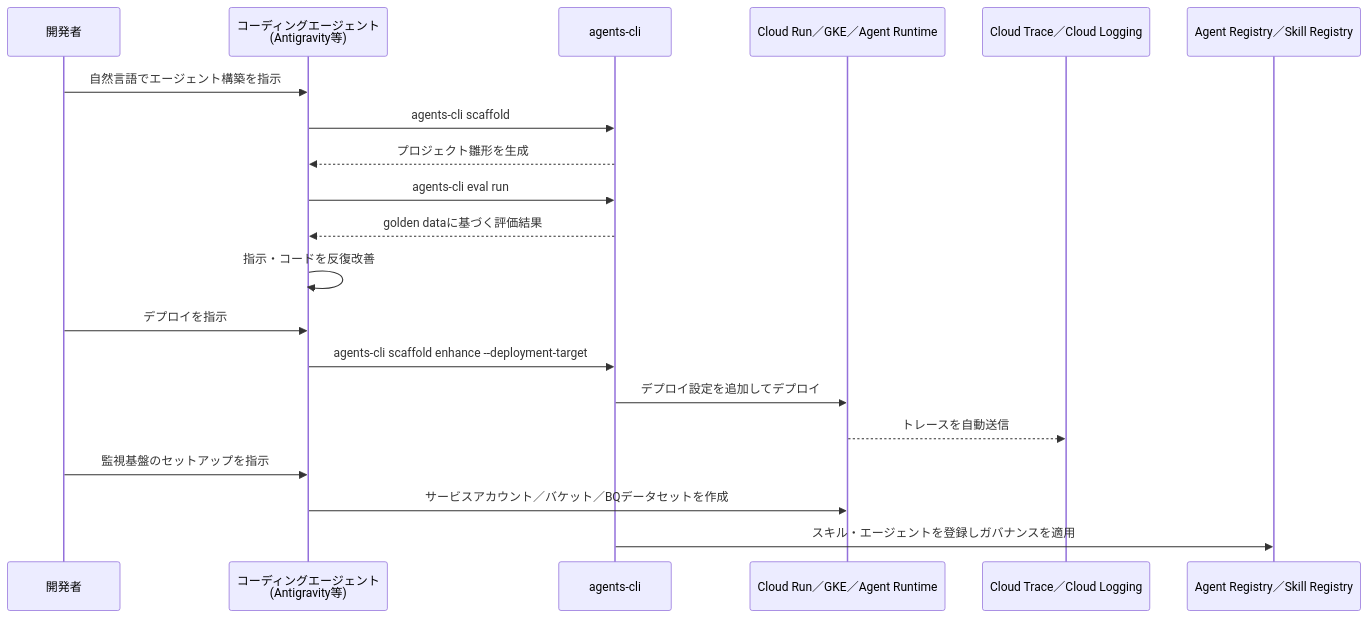
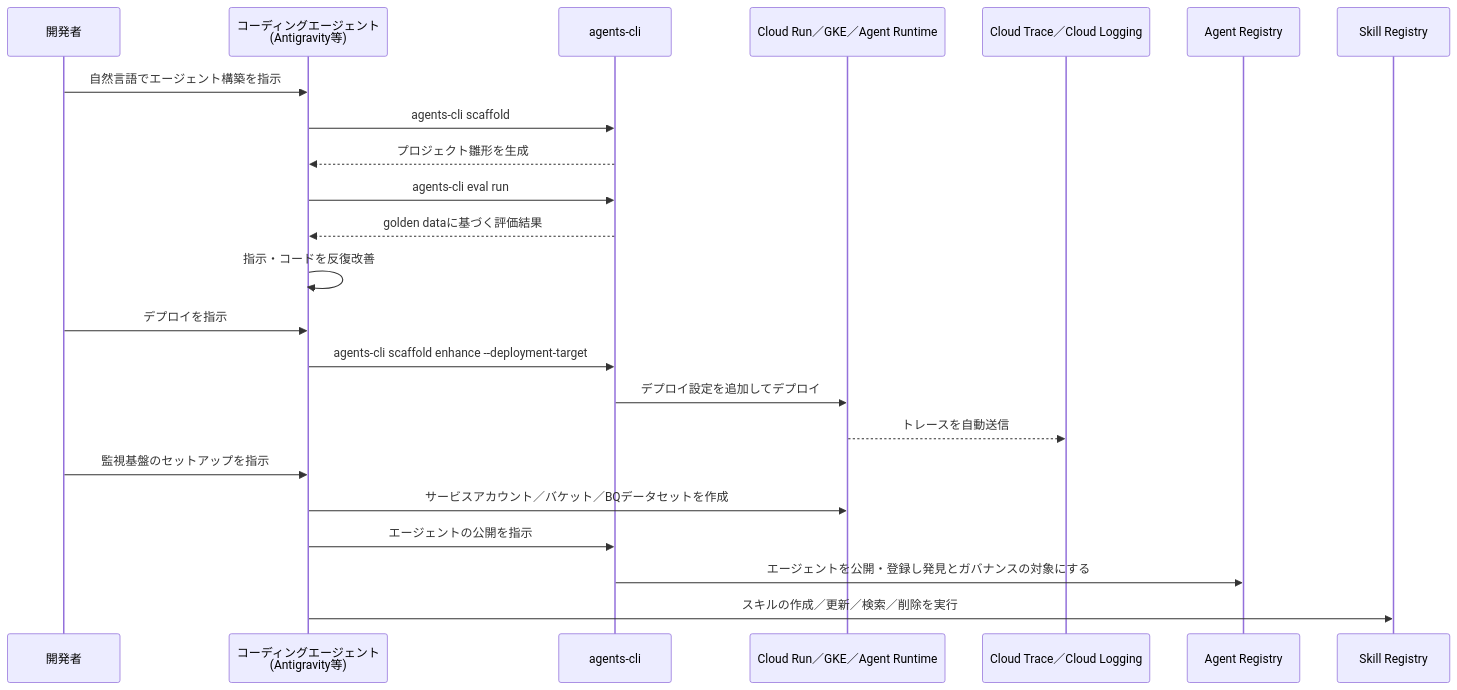
Before and after one commit to myoshi2891/Cloud-Infrastructure-Studies: the seventh of 7 diagrams in Professional-agentic-architect-section2.md, drawn with Mermaid. The commit also changed other lines of this file and 2 other files, not shown here.

Commit message:
docs(agentic-architect): add section 4 study guide and refine sections 1-2 content

````diff
--- a/Professional-agentic-architect-section2.md
+++ b/Professional-agentic-architect-section2.md
@@ -265,23 +265,26 @@
 ```mermaid
 sequenceDiagram
     participant Dev as 開発者
     participant Agent as コーディングエージェント<br/>(Antigravity等)
     participant CLI as agents-cli
     participant Cloud as Cloud Run／GKE／Agent Runtime
     participant Obs as Cloud Trace／Cloud Logging
-    participant Reg as Agent Registry／Skill Registry
+    participant AReg as Agent Registry
+    participant SReg as Skill Registry
 
     Dev->>Agent: 自然言語でエージェント構築を指示
     Agent->>CLI: agents-cli scaffold
     CLI-->>Agent: プロジェクト雛形を生成
     Agent->>CLI: agents-cli eval run
     CLI-->>Agent: golden dataに基づく評価結果
     Agent->>Agent: 指示・コードを反復改善
     Dev->>Agent: デプロイを指示
     Agent->>CLI: agents-cli scaffold enhance --deployment-target
     CLI->>Cloud: デプロイ設定を追加してデプロイ
     Cloud-->>Obs: トレースを自動送信
     Dev->>Agent: 監視基盤のセットアップを指示
     Agent->>Cloud: サービスアカウント／バケット／BQデータセットを作成
-    CLI->>Reg: スキル・エージェントを登録しガバナンスを適用
+    Agent->>CLI: エージェントの公開を指示
+    CLI->>AReg: エージェントを公開・登録し発見とガバナンスの対象にする
+    Agent->>SReg: スキルの作成／更新／検索／削除を実行
 ```
````
